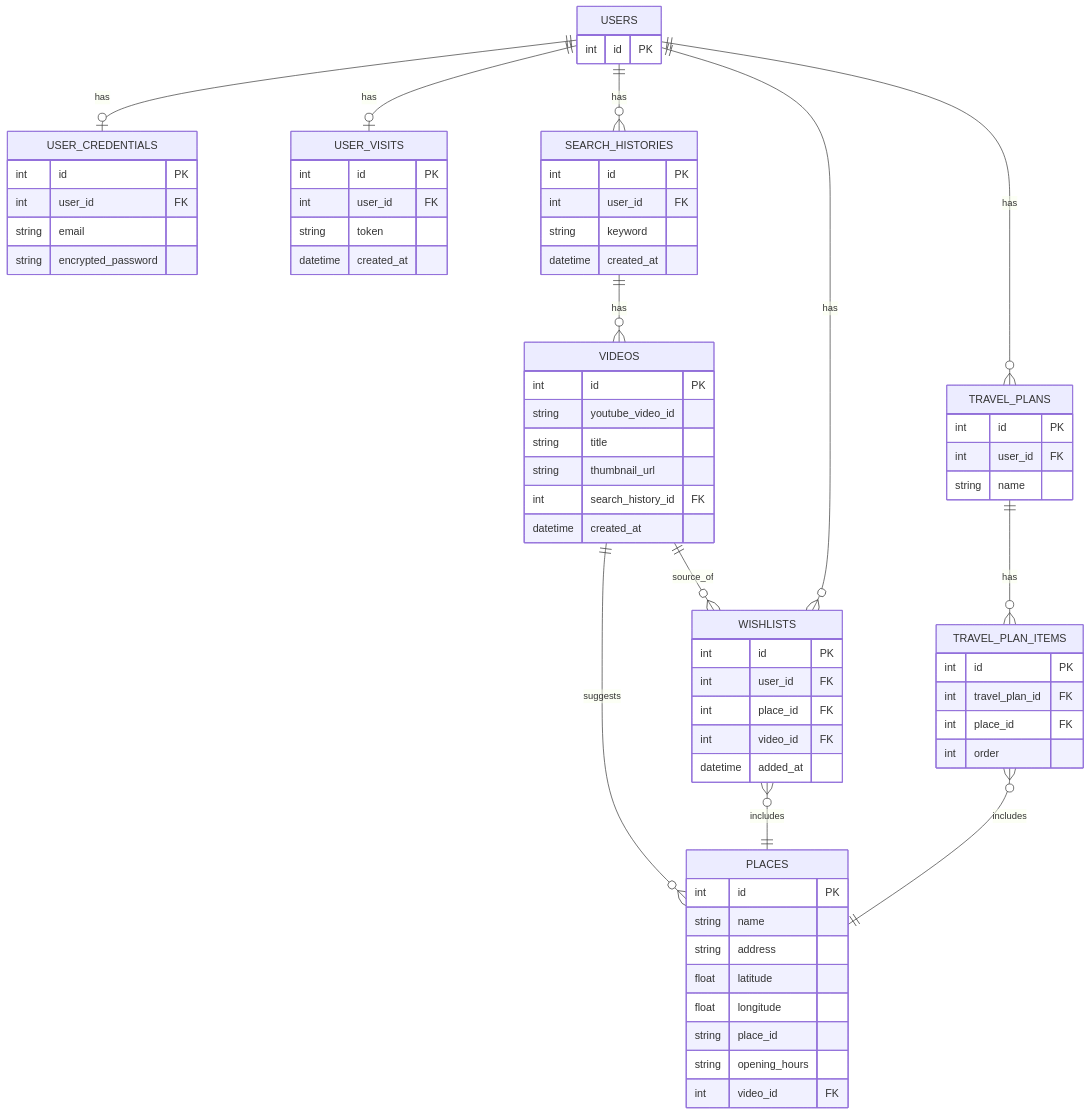
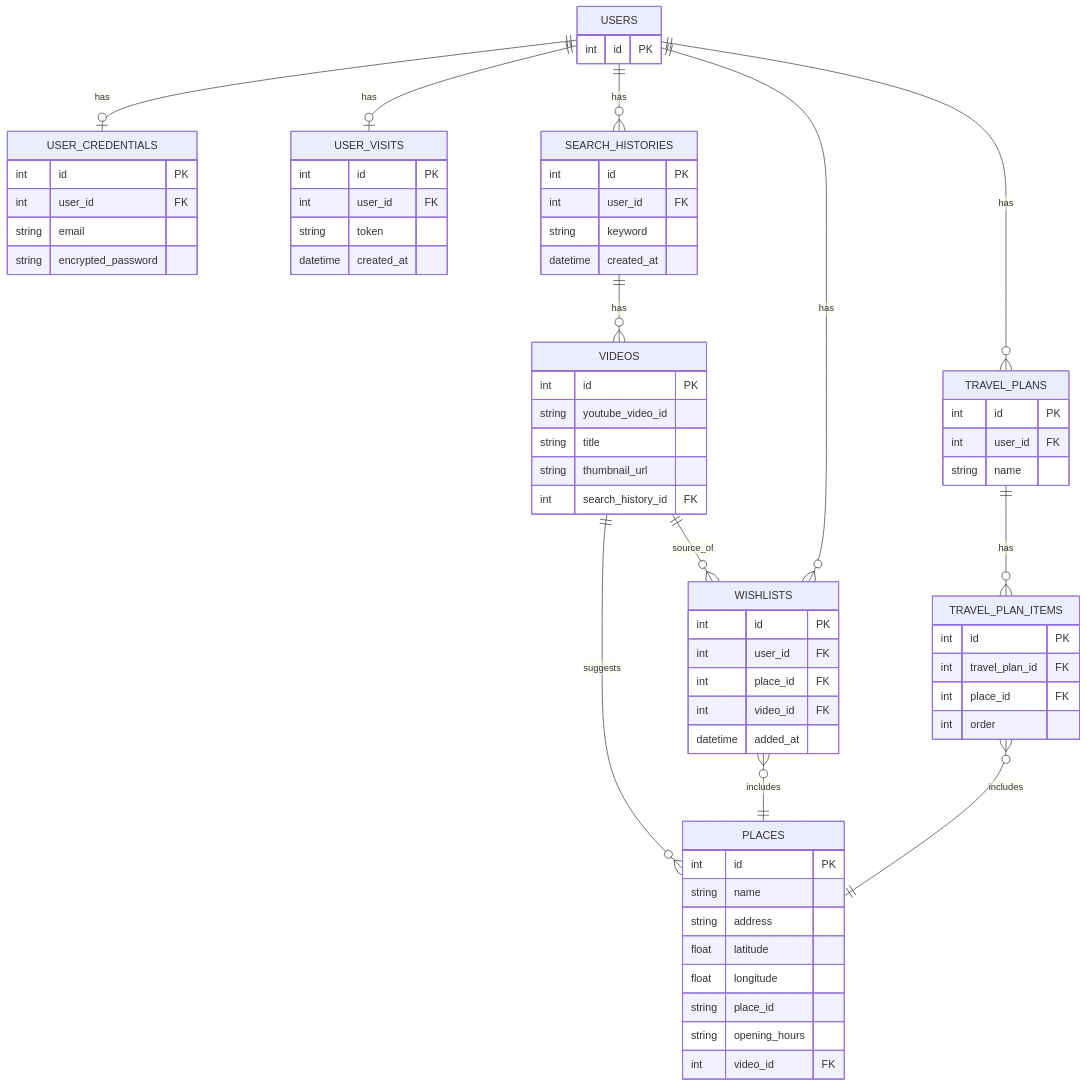
One commit to momomouse-hub/vlomaplan changed the second of 2 diagrams in documents/design.md. Above: the diagram before and after it, drawn with Mermaid.

````diff
--- a/documents/design.md
+++ b/documents/design.md
@@ -42,82 +42,81 @@
 ```mermaid
 erDiagram
   USERS {
     int id PK
   }
 
   USER_CREDENTIALS {
     int id PK
     int user_id FK
     string email
     string encrypted_password
   }
 
   USER_VISITS {
     int id PK
     int user_id FK
     string token
     datetime created_at
   }
 
   SEARCH_HISTORIES {
     int id PK
     int user_id FK
     string keyword
     datetime created_at
   }
 
   VIDEOS {
     int id PK
     string youtube_video_id
     string title
     string thumbnail_url
     int search_history_id FK
-    datetime created_at
   }
 
   PLACES {
     int id PK
     string name
     string address
     float latitude
     float longitude
     string place_id
     string opening_hours
     int video_id FK
   }
 
   WISHLISTS {
     int id PK
     int user_id FK
     int place_id FK
     int video_id FK
     datetime added_at
   }
 
   TRAVEL_PLANS {
     int id PK
     int user_id FK
     string name
   }
 
   TRAVEL_PLAN_ITEMS {
     int id PK
     int travel_plan_id FK
     int place_id FK
     int order
   }
 
   USERS ||--o| USER_CREDENTIALS : has
   USERS ||--o| USER_VISITS : has
   USERS ||--o{ SEARCH_HISTORIES : has
   USERS ||--o{ WISHLISTS : has
   USERS ||--o{ TRAVEL_PLANS : has
 
   SEARCH_HISTORIES ||--o{ VIDEOS : has
   VIDEOS ||--o{ PLACES : suggests
   VIDEOS ||--o{ WISHLISTS : source_of
 
   TRAVEL_PLANS ||--o{ TRAVEL_PLAN_ITEMS : has
   TRAVEL_PLAN_ITEMS }o--|| PLACES : includes
   WISHLISTS }o--|| PLACES : includes
 ```
````
